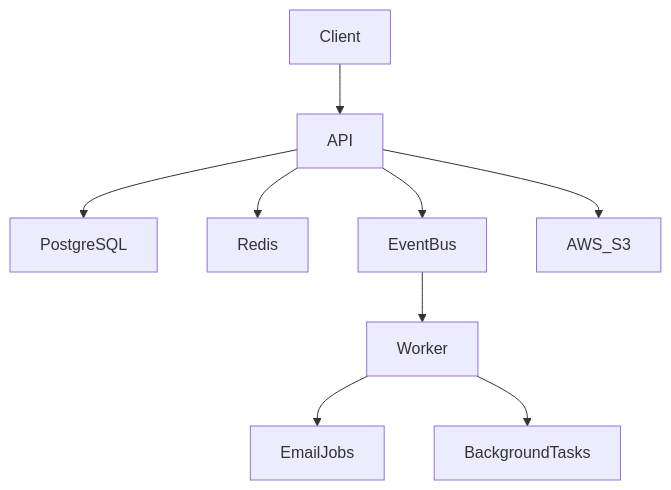
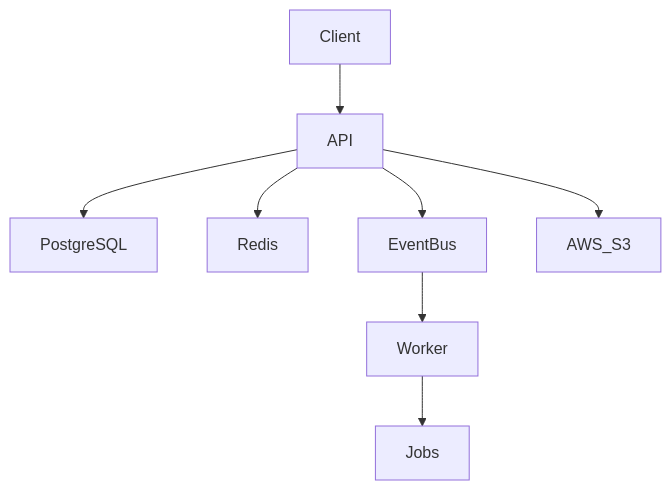
The first of 2 diagrams in api/README.md (sebasolarte22/knowledge-hub-api), drawn with Mermaid before and after one commit. The commit also changed other lines of this file, not shown here.

````diff
--- a/api/README.md
+++ b/api/README.md
@@ -54,15 +43,13 @@
 ```mermaid
 graph TD
 
 Client --> API
 API --> PostgreSQL
 API --> Redis
 
 API --> EventBus
 EventBus --> Worker
 
-Worker --> EmailJobs
-Worker --> BackgroundTasks
-
+Worker --> Jobs
 API --> AWS_S3
 ```
````
